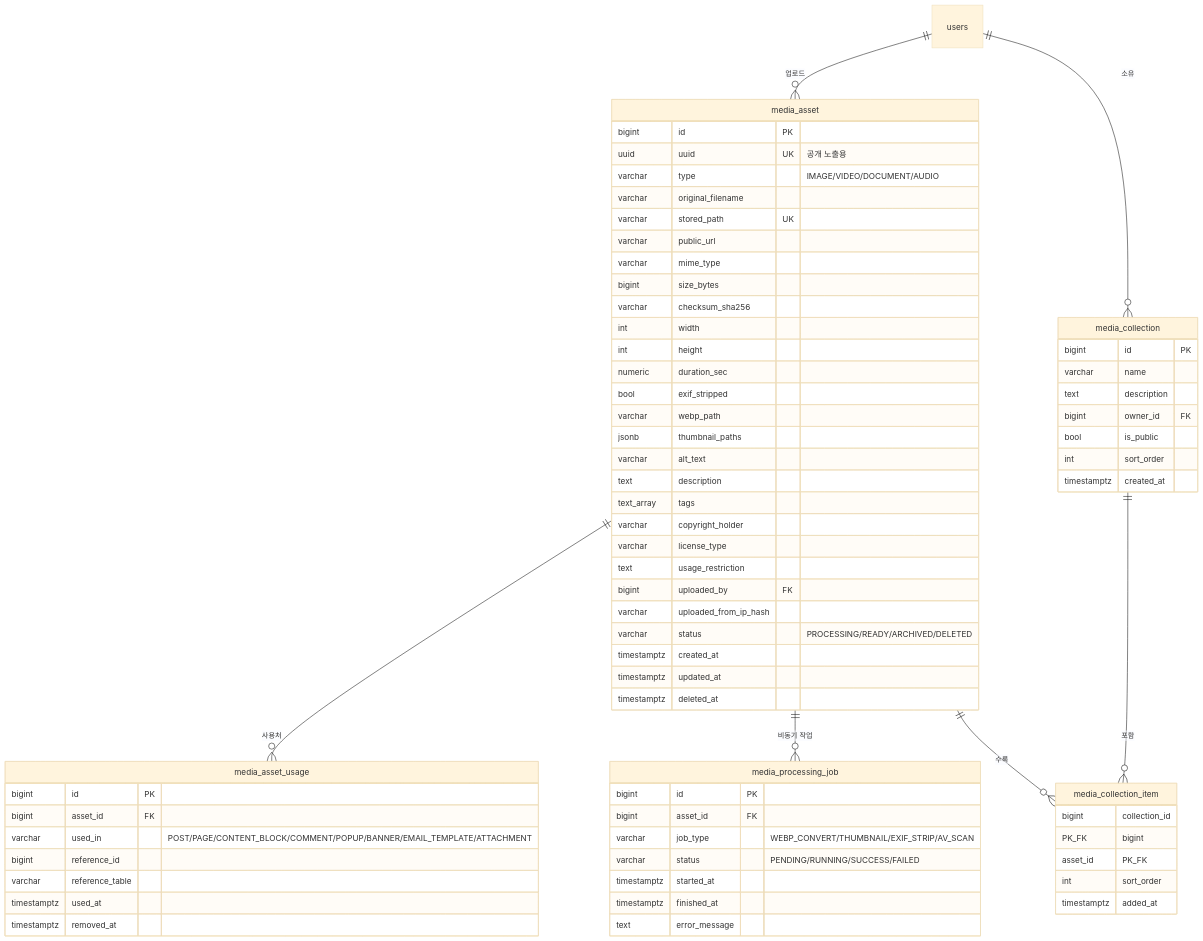
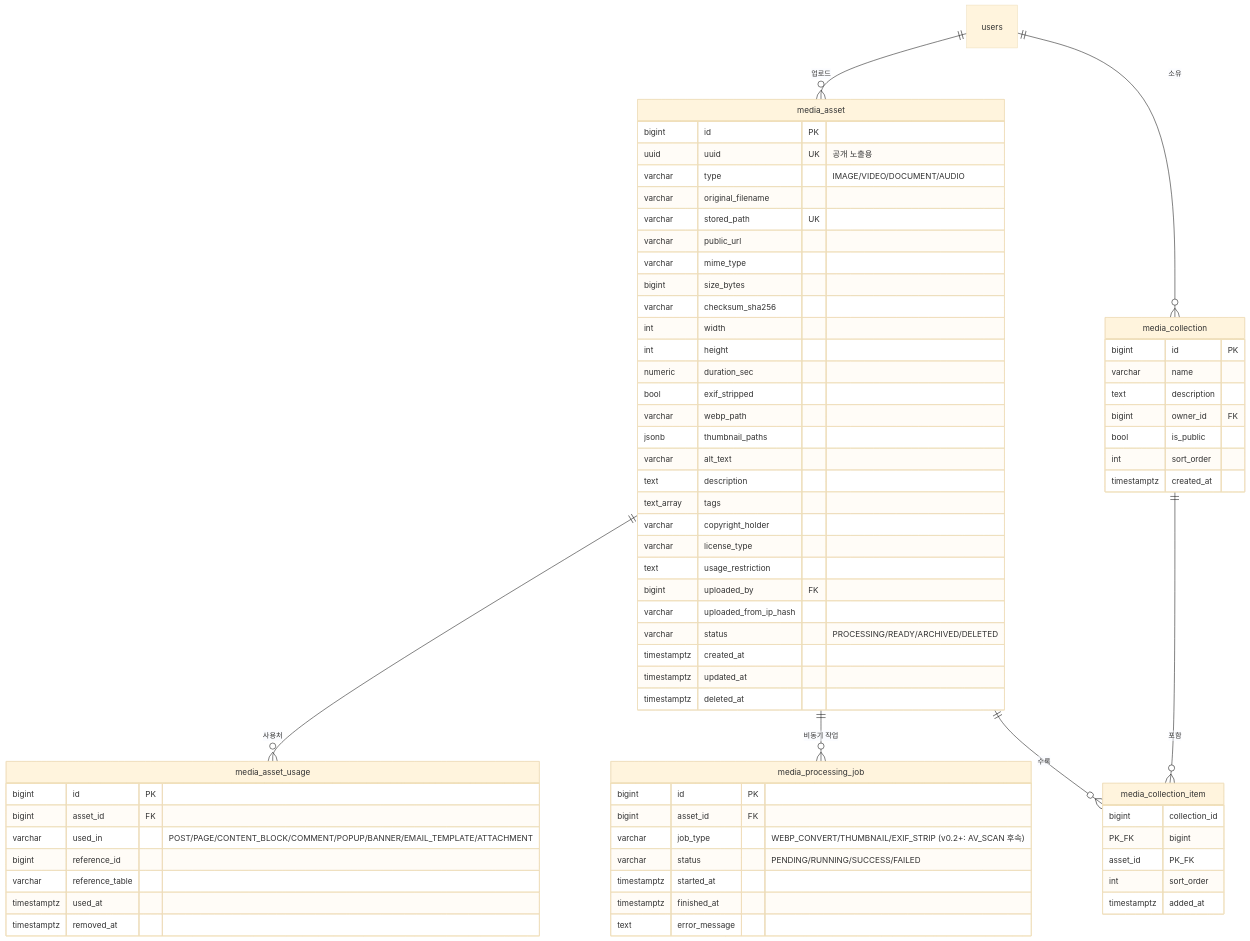
One commit to EricSeokgon/iroum-cms changed the first of 4 diagrams in .moai/specs/SPEC-CMS-MEDIA-001/spec.md. Above: the diagram before and after it, drawn with Mermaid (base theme). The commit also changed other lines of this file and 6 other files, not shown here.

````diff
--- a/.moai/specs/SPEC-CMS-MEDIA-001/spec.md
+++ b/.moai/specs/SPEC-CMS-MEDIA-001/spec.md
@@ -84,72 +84,72 @@
 ```mermaid
 erDiagram
     media_asset ||--o{ media_asset_usage : "사용처"
     media_asset ||--o{ media_processing_job : "비동기 작업"
     media_collection ||--o{ media_collection_item : "포함"
     media_asset ||--o{ media_collection_item : "수록"
     users ||--o{ media_asset : "업로드"
     users ||--o{ media_collection : "소유"
 
     media_asset {
         bigint id PK
         uuid uuid UK "공개 노출용"
         varchar type "IMAGE/VIDEO/DOCUMENT/AUDIO"
         varchar original_filename
         varchar stored_path UK
         varchar public_url
         varchar mime_type
         bigint size_bytes
         varchar checksum_sha256
         int width
         int height
         numeric duration_sec
         bool exif_stripped
         varchar webp_path
         jsonb thumbnail_paths
         varchar alt_text
         text description
         text_array tags
         varchar copyright_holder
         varchar license_type
         text usage_restriction
         bigint uploaded_by FK
         varchar uploaded_from_ip_hash
         varchar status "PROCESSING/READY/ARCHIVED/DELETED"
         timestamptz created_at
         timestamptz updated_at
         timestamptz deleted_at
     }
     media_asset_usage {
         bigint id PK
         bigint asset_id FK
         varchar used_in "POST/PAGE/CONTENT_BLOCK/COMMENT/POPUP/BANNER/EMAIL_TEMPLATE/ATTACHMENT"
         bigint reference_id
         varchar reference_table
         timestamptz used_at
         timestamptz removed_at
     }
     media_collection {
         bigint id PK
         varchar name
         text description
         bigint owner_id FK
         bool is_public
         int sort_order
         timestamptz created_at
     }
     media_collection_item {
         bigint collection_id PK_FK
         bigint asset_id PK_FK
         int sort_order
         timestamptz added_at
     }
     media_processing_job {
         bigint id PK
         bigint asset_id FK
-        varchar job_type "WEBP_CONVERT/THUMBNAIL/EXIF_STRIP/AV_SCAN"
+        varchar job_type "WEBP_CONVERT/THUMBNAIL/EXIF_STRIP (v0.2+: AV_SCAN 후속)"
         varchar status "PENDING/RUNNING/SUCCESS/FAILED"
         timestamptz started_at
         timestamptz finished_at
         text error_message
     }
 ```
````
